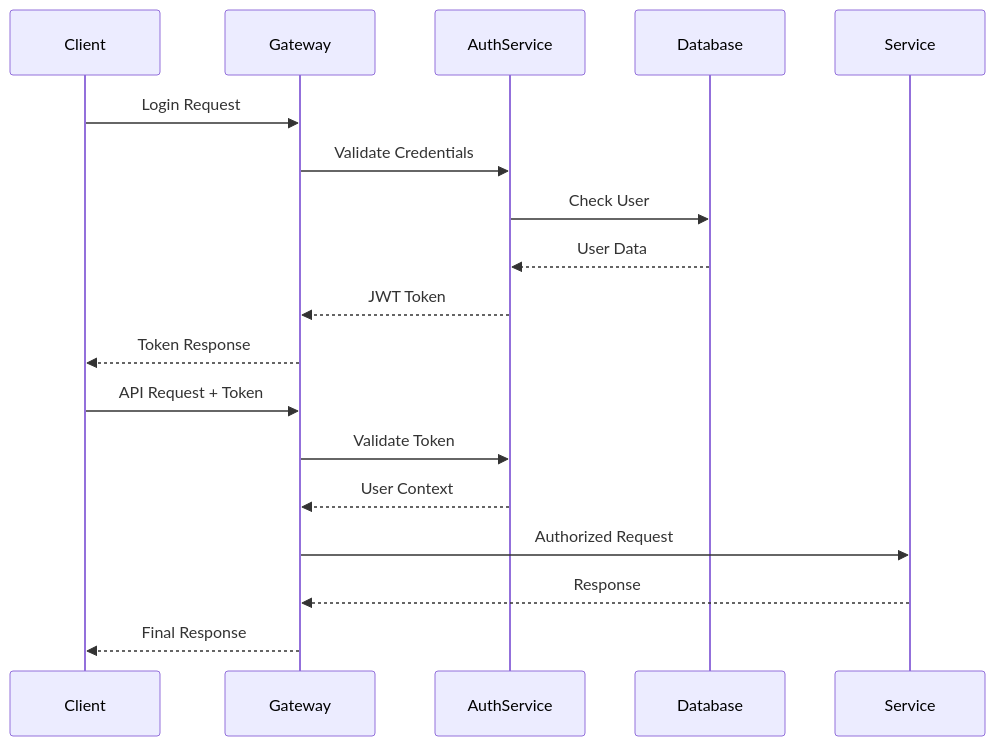
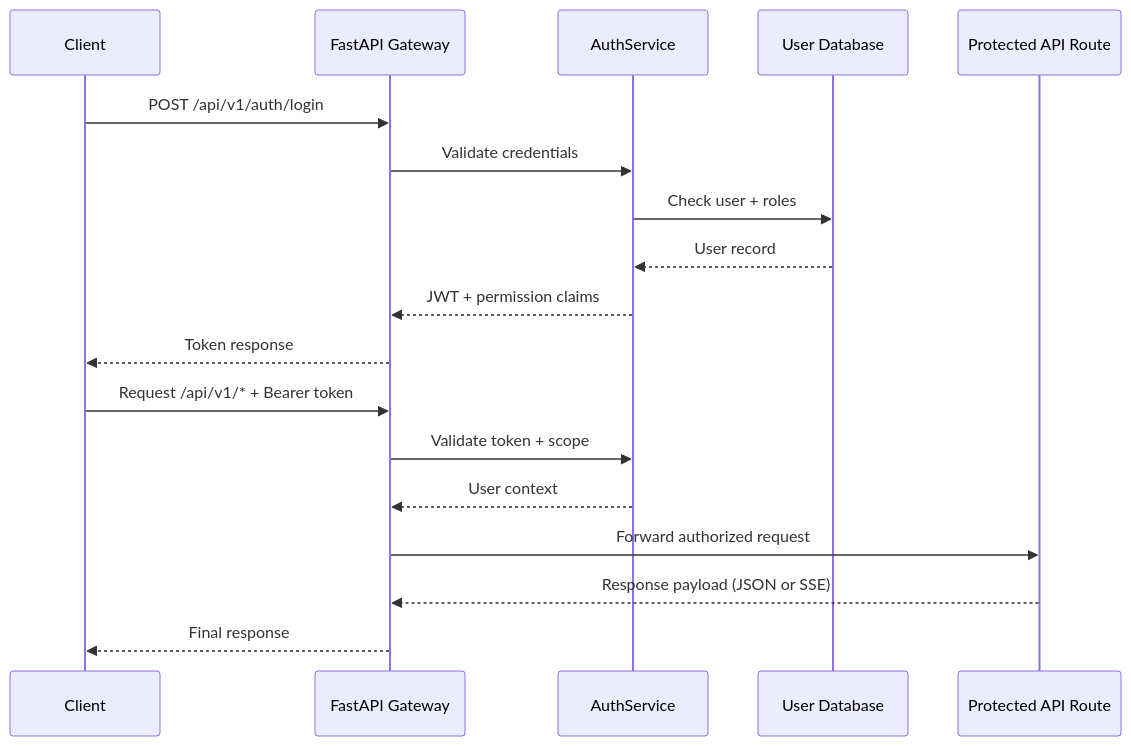
One commit to Saket8/GenAICloudOps changed the third of 3 diagrams in docs/ARCHITECTURE.md. Above: the diagram before and after it, drawn with Mermaid. The commit also changed other lines of this file and 1 other file, not shown here.

Commit message:
docs: refresh architecture diagrams for ODAOS-integrated flows

````diff
--- a/docs/ARCHITECTURE.md
+++ b/docs/ARCHITECTURE.md
@@ -311,21 +307,22 @@
 ```mermaid
 sequenceDiagram
     participant Client
-    participant Gateway
+    participant Gateway as FastAPI Gateway
     participant AuthService
-    participant Database
-    
-    Client->>Gateway: Login Request
-    Gateway->>AuthService: Validate Credentials
-    AuthService->>Database: Check User
-    Database-->>AuthService: User Data
-    AuthService-->>Gateway: JWT Token
-    Gateway-->>Client: Token Response
-    
-    Client->>Gateway: API Request + Token
-    Gateway->>AuthService: Validate Token
-    AuthService-->>Gateway: User Context
-    Gateway->>Service: Authorized Request
-    Service-->>Gateway: Response
-    Gateway-->>Client: Final Response
+    participant UserDB as User Database
+    participant Route as Protected API Route
+
+    Client->>Gateway: POST /api/v1/auth/login
+    Gateway->>AuthService: Validate credentials
+    AuthService->>UserDB: Check user + roles
+    UserDB-->>AuthService: User record
+    AuthService-->>Gateway: JWT + permission claims
+    Gateway-->>Client: Token response
+
+    Client->>Gateway: Request /api/v1/* + Bearer token
+    Gateway->>AuthService: Validate token + scope
+    AuthService-->>Gateway: User context
+    Gateway->>Route: Forward authorized request
+    Route-->>Gateway: Response payload (JSON or SSE)
+    Gateway-->>Client: Final response
 ```
````
